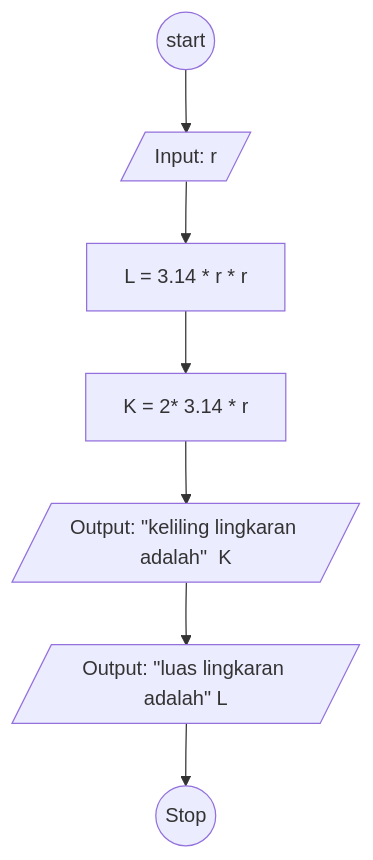
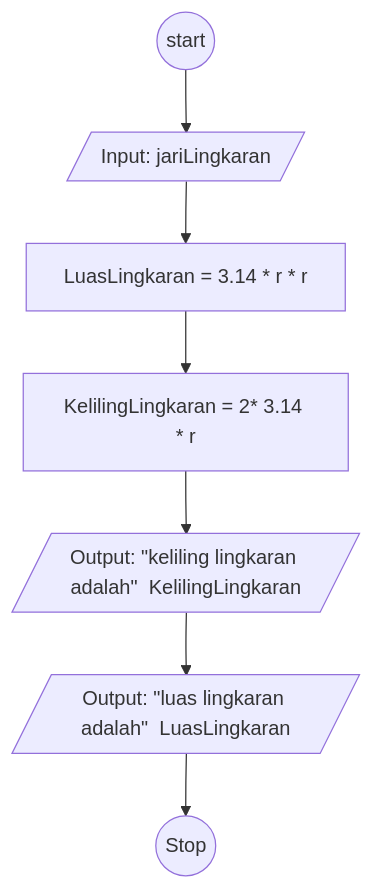
The diagram in readme.md (makarim22/koda-b6-javascript1), drawn with Mermaid before and after one commit. The commit also changed other lines of this file, not shown here.

````diff
--- a/readme.md
+++ b/readme.md
@@ -3,20 +3,20 @@
 ```mermaid
 flowchart TD
 
 A@{ shape: circle, label: "start"} --> B
 
-B@{ shape: lean-r, label: "Input: r" } --> C
+B@{ shape: lean-r, label: "Input: jariLingkaran" } --> C
 
 
-C@{ shape: rect, label: "L = 3.14 * r * r" } --> F
+C@{ shape: rect, label: "LuasLingkaran = 3.14 * r * r" } --> F
 
-F@{ shape: rect, label: "K = 2* 3.14 * r" } --> K
+F@{ shape: rect, label: "KelilingLingkaran = 2* 3.14 * r" } --> K
 
-K@{ shape: lean-r, label: "Output: \"keliling lingkaran adalah\"  K" } --> L
+K@{ shape: lean-r, label: "Output: \"keliling lingkaran adalah\"  KelilingLingkaran" } --> L
 
-L@{ shape: lean-r, label: "Output: \"luas lingkaran adalah\" L" } --> J
+L@{ shape: lean-r, label: "Output: \"luas lingkaran adalah\"  LuasLingkaran" } --> J
 
 
 J@{ shape: circle, label: "Stop" }
 
 ```
````
